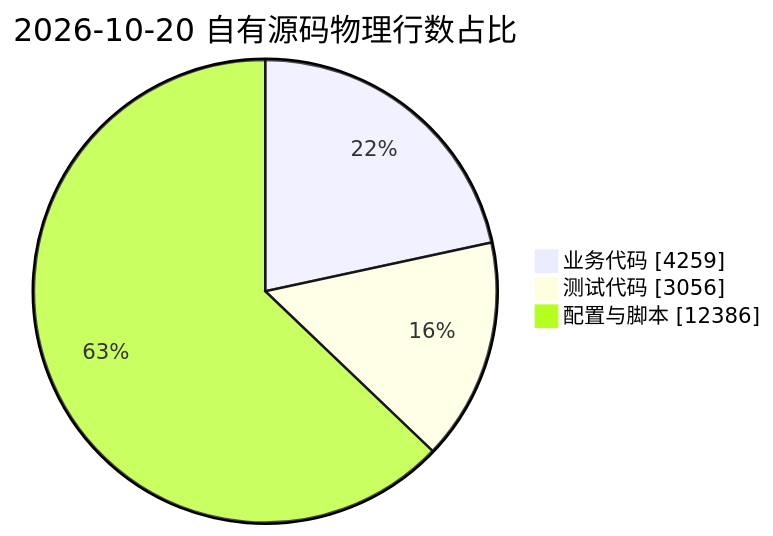
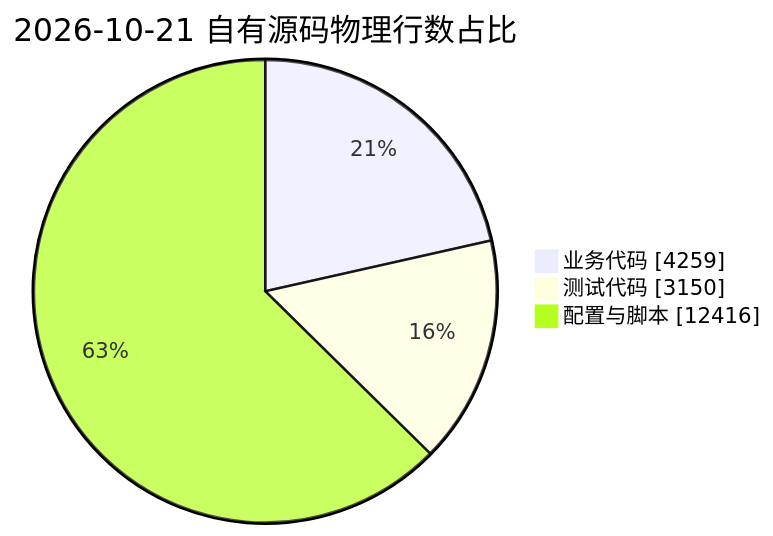
One commit to JobsKits/WindowsOS_Extension changed the third of 3 diagrams in README.md. Above: the diagram before and after it, drawn with Mermaid. The commit also changed other lines of this file and 4 other files, not shown here.

````diff
--- a/README.md
+++ b/README.md
@@ -549,7 +551,7 @@
 ```mermaid
 pie showData
-    title 2026-10-20 自有源码物理行数占比
+    title 2026-10-21 自有源码物理行数占比
     "业务代码" : 4259
-    "测试代码" : 3056
-    "配置与脚本" : 12386
+    "测试代码" : 3150
+    "配置与脚本" : 12416
 ```
````
